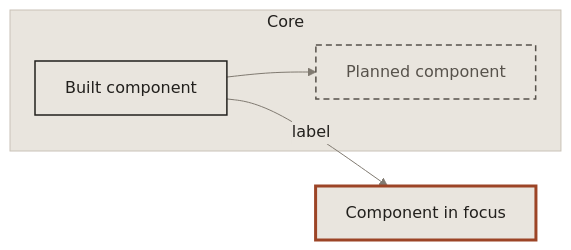
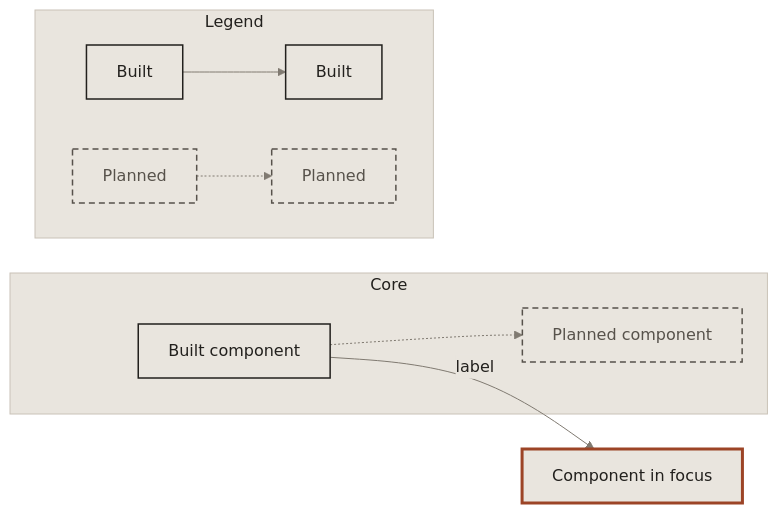
One commit to miguelmog10/mise-en-place changed the diagram in build/mermaid/starter.mmd. Above: the diagram before and after it, drawn with Mermaid. The commit also changed 37 other files, not shown here.

First line of the commit message:
feat: screen theme family and diagram rules (v0.2.0) (#4)

```diff
--- a/build/mermaid/starter.mmd
+++ b/build/mermaid/starter.mmd
@@ -1,53 +1,60 @@
 ---
 config:
   theme: base
   fontFamily: "system-ui, -apple-system, \"Segoe UI\", \"Roboto\", \"Helvetica\", \"Arial\", sans-serif"
   themeVariables:
     background: "#e9e5de"
     fontFamily: "system-ui, -apple-system, \"Segoe UI\", \"Roboto\", \"Helvetica\", \"Arial\", sans-serif"
     fontSize: "16px"
     primaryColor: "#e9e5de"
     primaryTextColor: "#22201d"
     primaryBorderColor: "#22201d"
     secondaryColor: "#e9e5de"
     secondaryTextColor: "#22201d"
     secondaryBorderColor: "#57524b"
     tertiaryColor: "#e9e5de"
     tertiaryTextColor: "#22201d"
     tertiaryBorderColor: "#c9c2b7"
     lineColor: "#807a71"
     textColor: "#22201d"
     titleColor: "#22201d"
     nodeTextColor: "#22201d"
     clusterBkg: "#e9e5de"
     clusterBorder: "#c9c2b7"
     edgeLabelBackground: "#e9e5de"
     noteBkgColor: "#e9e5de"
     noteTextColor: "#22201d"
     noteBorderColor: "#c9c2b7"
     actorBkg: "#e9e5de"
     actorBorder: "#22201d"
     actorTextColor: "#22201d"
     actorLineColor: "#807a71"
     signalColor: "#807a71"
-    signalTextColor: "#807a71"
+    signalTextColor: "#22201d"
     labelBoxBkgColor: "#e9e5de"
     labelBoxBorderColor: "#c9c2b7"
     labelTextColor: "#22201d"
-    loopTextColor: "#807a71"
+    loopTextColor: "#22201d"
 ---
-%% Generated by scripts/build.mjs from tokens/ (mise-en-place v0.1.1). Do not edit.
+%% Generated by scripts/build.mjs from tokens/ (mise-en-place v0.2.0). Do not edit.
 %% Copy everything above "flowchart" as is, then replace the example below.
+%% Keep the legend whenever a diagram shows more than one status.
 flowchart LR
   classDef built fill:#e9e5de,stroke:#22201d,stroke-width:1.5px,color:#22201d
   classDef planned fill:#e9e5de,stroke:#57524b,stroke-width:1.5px,stroke-dasharray:6 4,color:#57524b
   classDef focus fill:#e9e5de,stroke:#9c4426,stroke-width:3px,color:#22201d
 
   subgraph core["Core"]
     a["Built component"]:::built
     b["Planned component"]:::planned
   end
   c["Component in focus"]:::focus
 
-  a --> b
+  a -.-> b
   a -- "label" --> c
+
+  subgraph legend["Legend"]
+    direction LR
+    lb1["Built"]:::built --> lb2["Built"]:::built
+    lp1["Planned"]:::planned -.-> lp2["Planned"]:::planned
+  end
```
